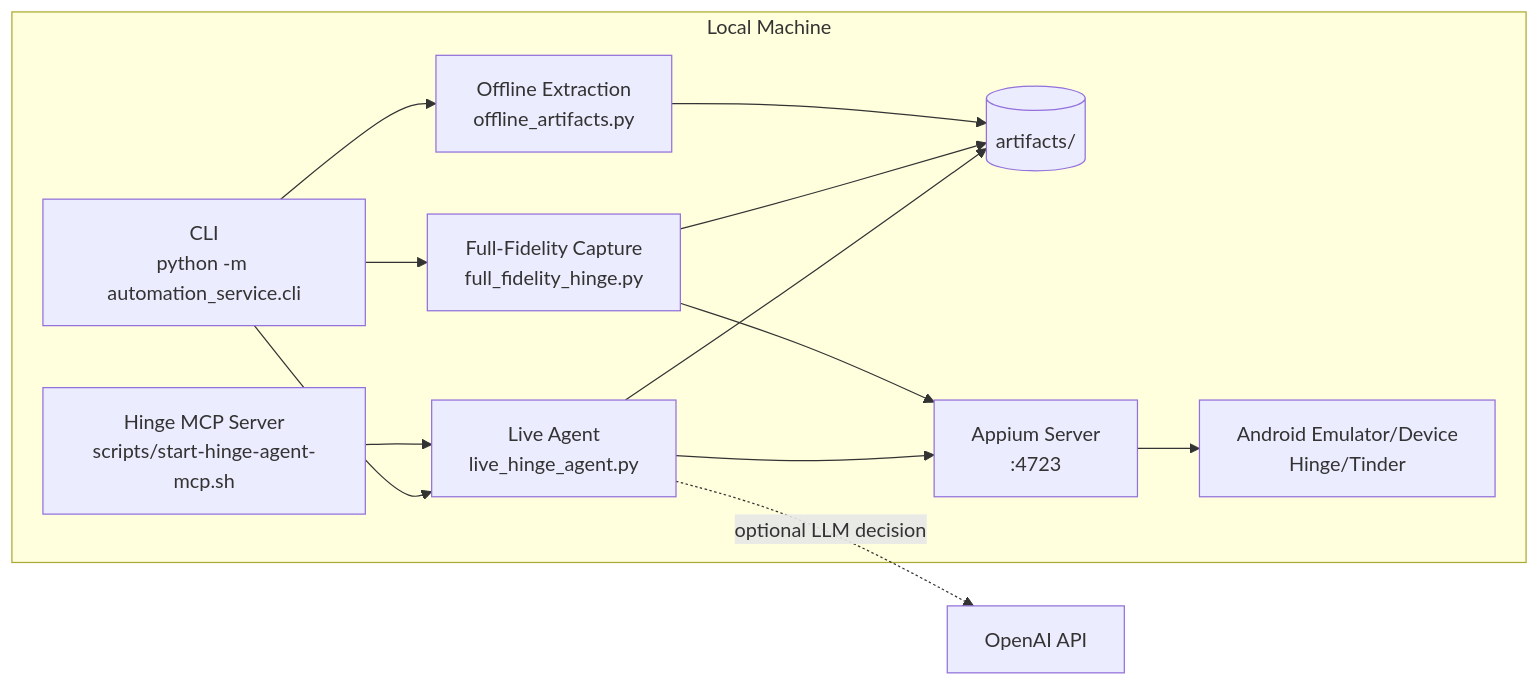
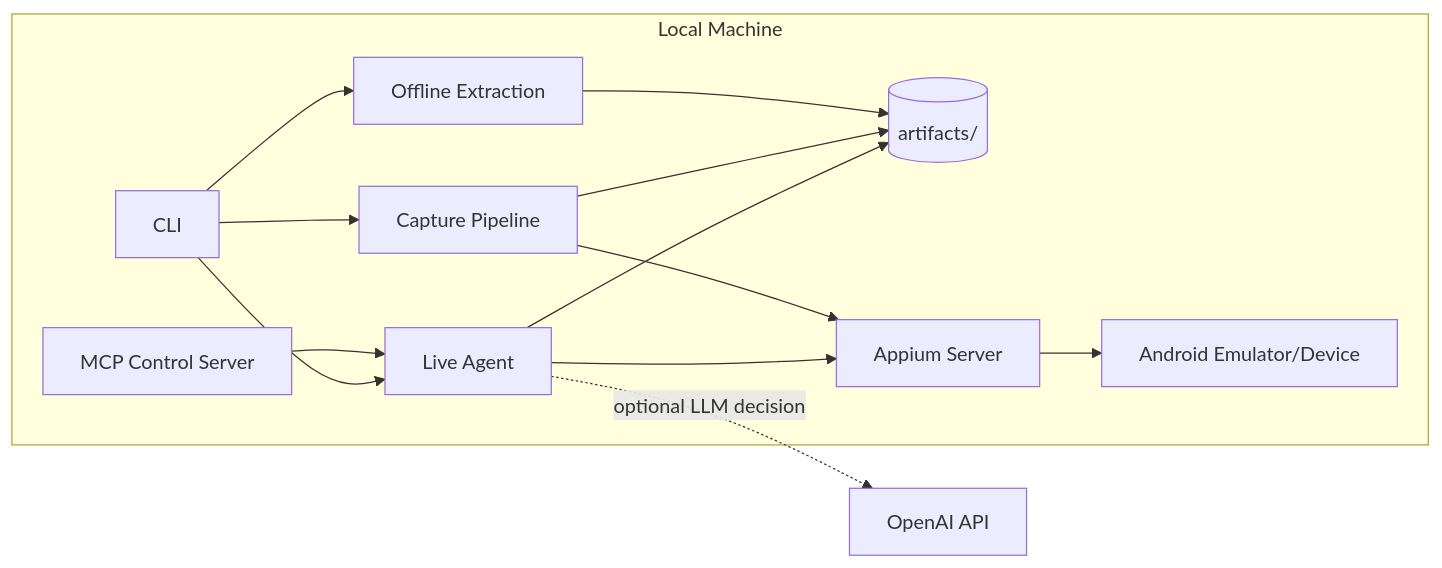
Before and after one commit to saulrichardson/dating-agent: the first of 4 diagrams in README.md, drawn with Mermaid. The commit also changed other lines of this file, not shown here.

Commit message:
docs: improve top-level README flow and hide remaining name text

````diff
--- a/README.md
+++ b/README.md
@@ -42,26 +17,26 @@
 ```mermaid
 flowchart LR
   subgraph Host["Local Machine"]
-    CLI["CLI\npython -m automation_service.cli"]
-    MCP["Hinge MCP Server\nscripts/start-hinge-agent-mcp.sh"]
-    Agent["Live Agent\nlive_hinge_agent.py"]
-    Capture["Full-Fidelity Capture\nfull_fidelity_hinge.py"]
-    Offline["Offline Extraction\noffline_artifacts.py"]
+    CLI["CLI"]
+    MCP["MCP Control Server"]
+    Agent["Live Agent"]
+    Capture["Capture Pipeline"]
+    Offline["Offline Extraction"]
     Artifacts[("artifacts/")]
-    Appium["Appium Server\n:4723"]
-    Device["Android Emulator/Device\nHinge/Tinder"]
+    Appium["Appium Server"]
+    Device["Android Emulator/Device"]
 
     CLI --> Agent
     MCP --> Agent
     CLI --> Capture
     CLI --> Offline
     Agent --> Artifacts
     Capture --> Artifacts
     Offline --> Artifacts
     Agent --> Appium
     Capture --> Appium
     Appium --> Device
   end
 
   Agent -. "optional LLM decision" .-> LLM["OpenAI API"]
 ```
````
